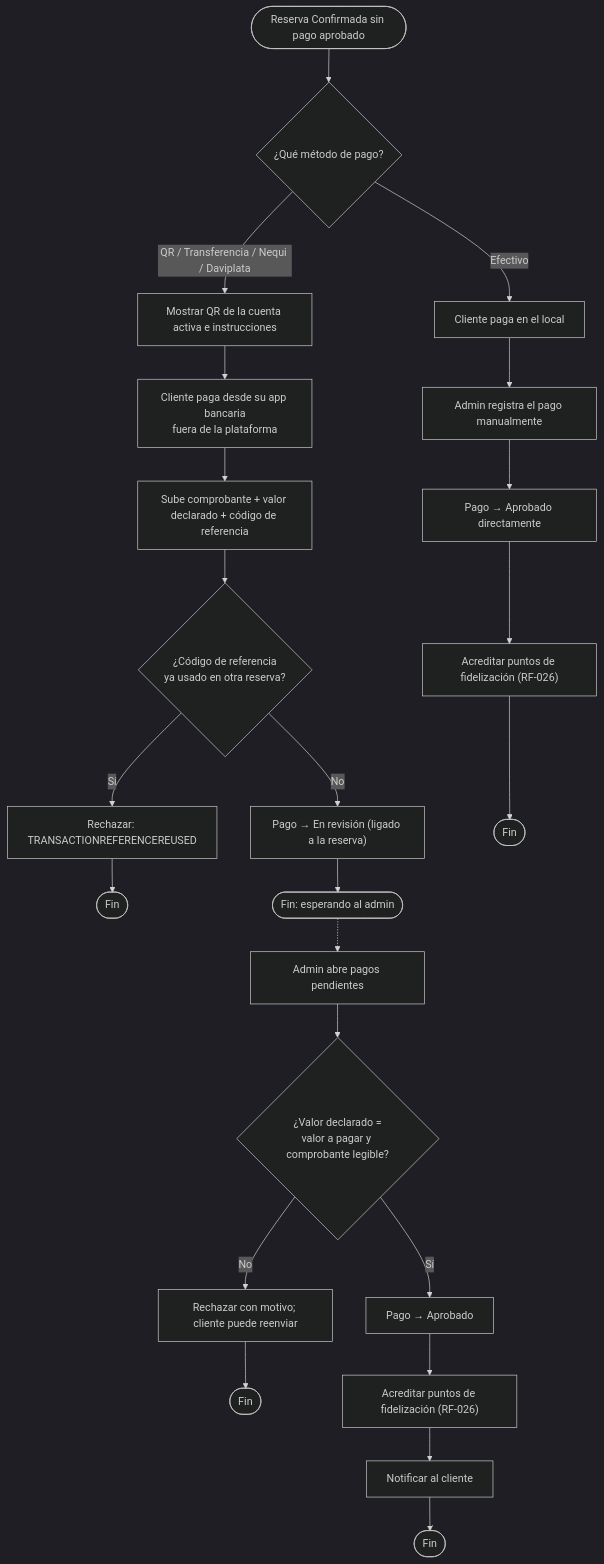
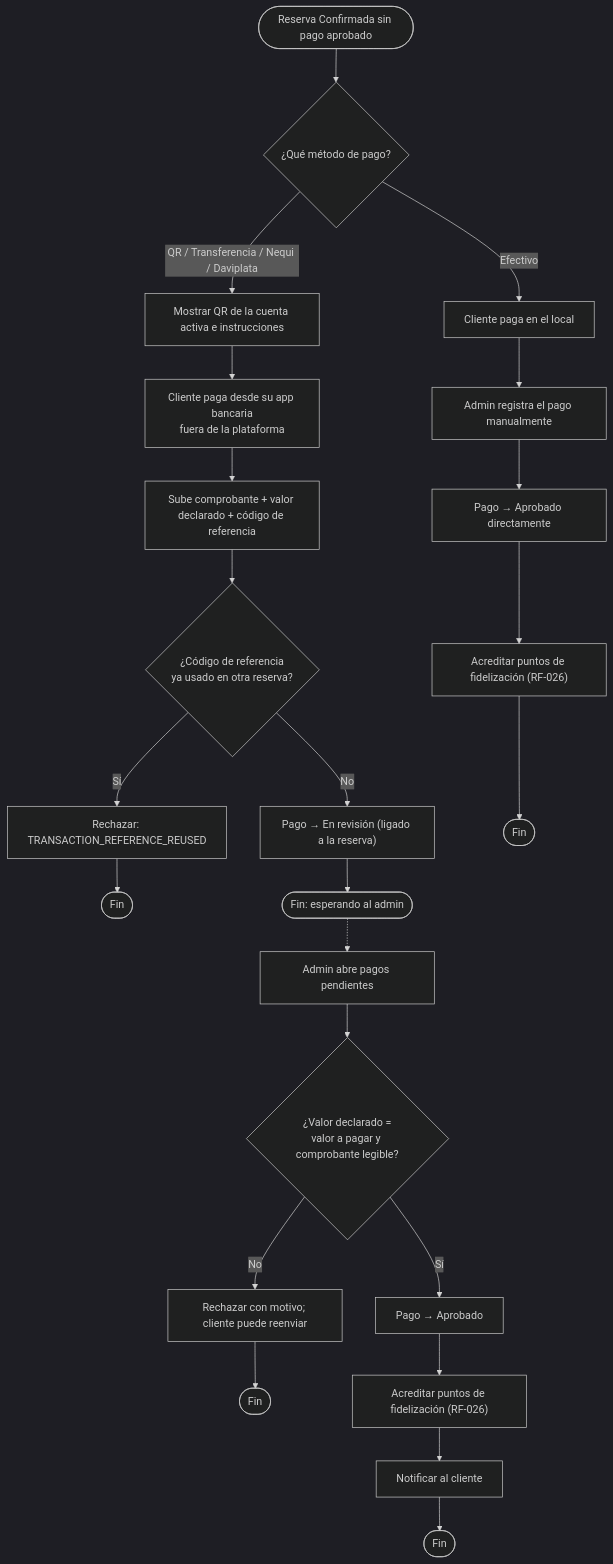
One commit to BrayanCABRERA123/lavarapido-docs changed diagram 15 of 21 in 02-analisis-vistas-dinamicas/ES/analisis-vistas-dinamicas.md. Above: the diagram before and after it, drawn with Mermaid (dark theme). The commit also changed 3 other files, not shown here.

Commit message:
docs: fix table count, error code and audit schema owner

````diff
--- a/02-analisis-vistas-dinamicas/ES/analisis-vistas-dinamicas.md
+++ b/02-analisis-vistas-dinamicas/ES/analisis-vistas-dinamicas.md
@@ -578,28 +578,28 @@
 ```mermaid
 flowchart TD
     start([Reserva Confirmada sin pago aprobado]) --> method{¿Qué método de pago?}
 
     method -->|QR / Transferencia / Nequi / Daviplata| showqr[Mostrar QR de la cuenta activa e instrucciones]
     showqr --> extpay[Cliente paga desde su app bancaria<br/>fuera de la plataforma]
     extpay --> upload[Sube comprobante + valor declarado + código de referencia]
     upload --> dup{¿Código de referencia<br/>ya usado en otra reserva?}
-    dup -->|Sí| rejectref[Rechazar: TRANSACTIONREFERENCEREUSED]
+    dup -->|Sí| rejectref[Rechazar: TRANSACTION_REFERENCE_REUSED]
     rejectref --> stop1([Fin])
     dup -->|No| inreview["Pago → En revisión (ligado a la reserva)"]
     inreview --> stop2([Fin: esperando al admin])
 
     method -->|Efectivo| cash[Cliente paga en el local]
     cash --> register[Admin registra el pago manualmente]
     register --> approved1["Pago → Aprobado directamente"]
     approved1 --> points1["Acreditar puntos de fidelización (RF-026)"]
     points1 --> stop3([Fin])
 
     stop2 -.-> review[Admin abre pagos pendientes]
     review --> compare{¿Valor declarado =<br/>valor a pagar y comprobante legible?}
     compare -->|No| reject[Rechazar con motivo; cliente puede reenviar]
     reject --> stop4([Fin])
     compare -->|Sí| approve["Pago → Aprobado"]
     approve --> points2["Acreditar puntos de fidelización (RF-026)"]
     points2 --> notifyc[Notificar al cliente]
     notifyc --> stop5([Fin])
 ```
````
